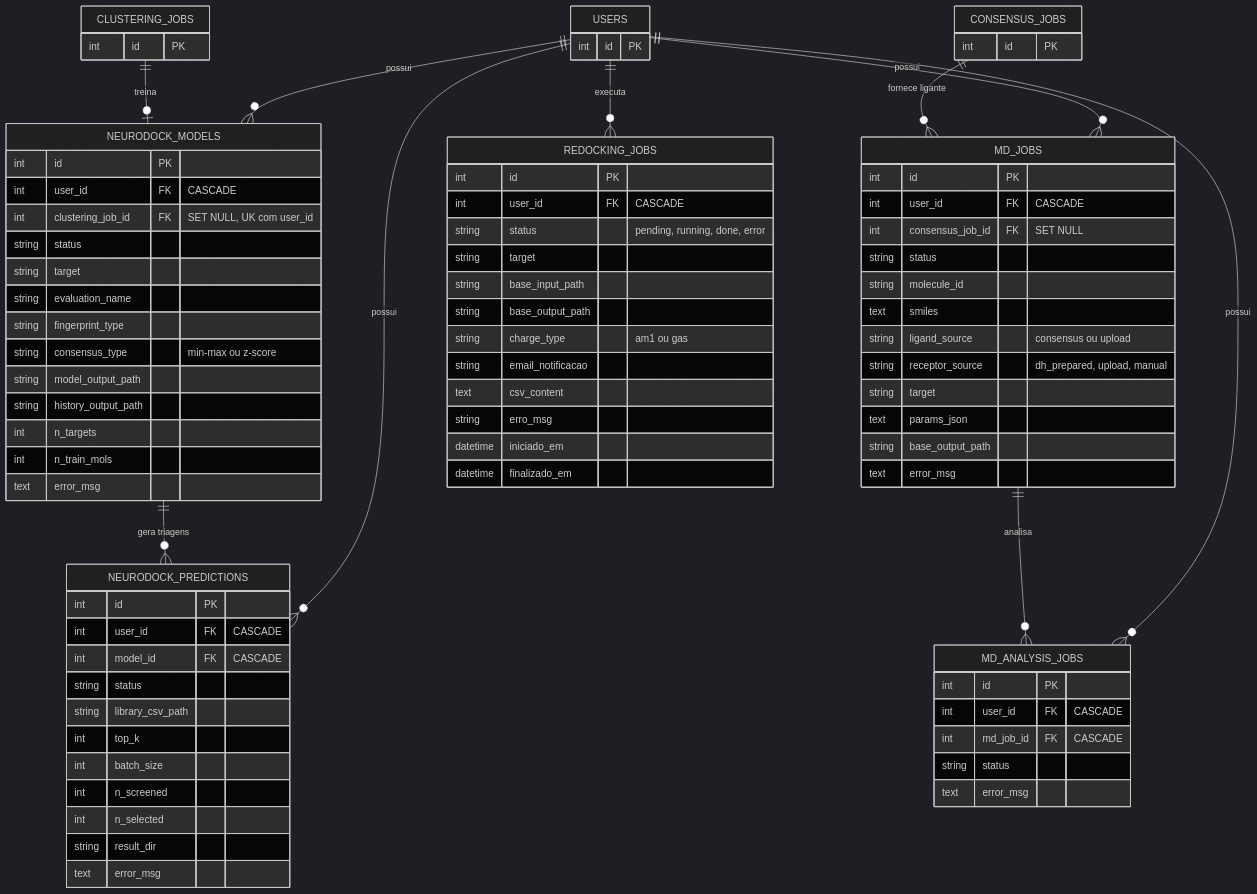
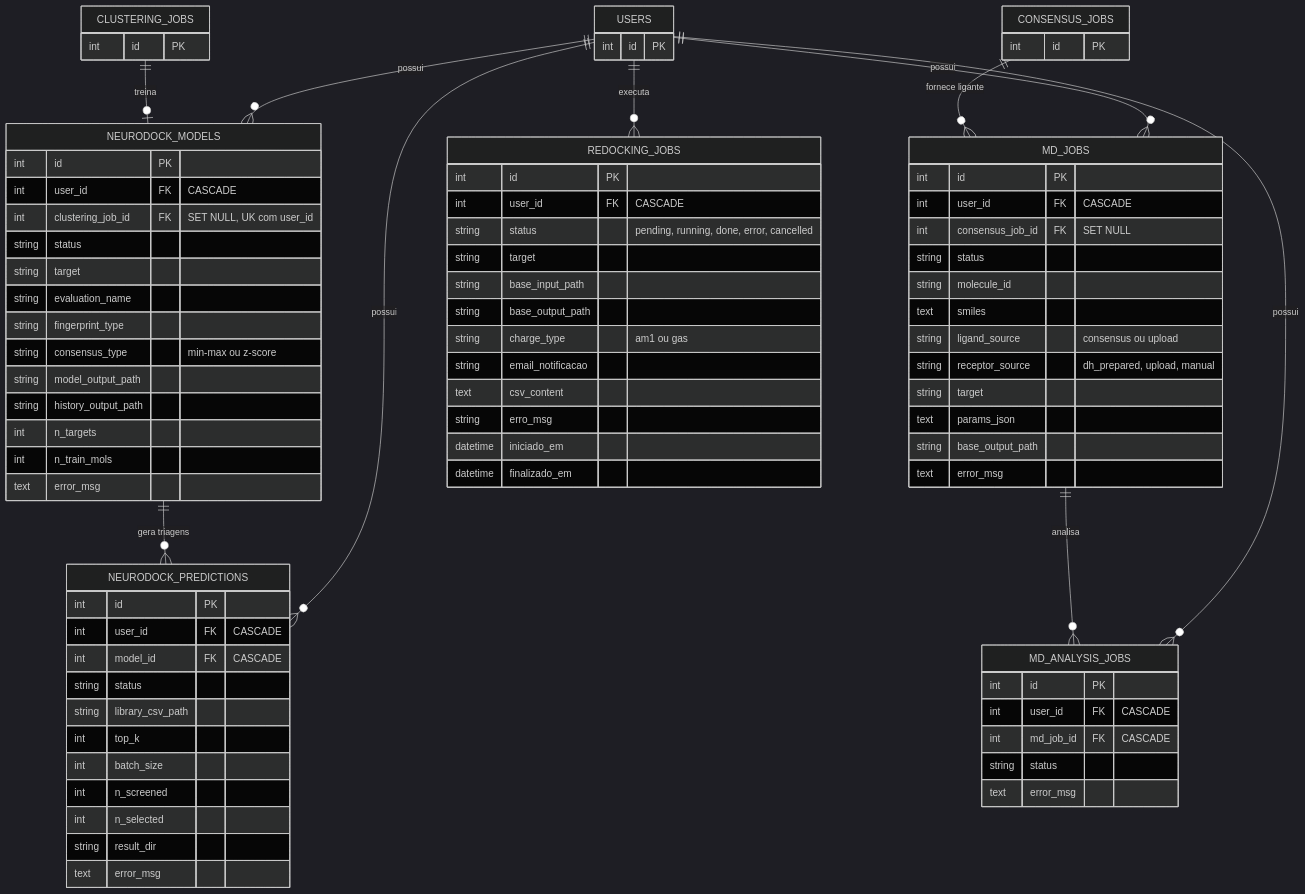
One commit to Letolsilva/DrugHunter-Studio changed the diagram in docs/diagramas/src/10-er-pipeline-b.mmd. Above: the diagram before and after it, drawn with Mermaid (dark theme). The commit also changed 21 other files, not shown here.

```diff
--- a/docs/diagramas/src/10-er-pipeline-b.mmd
+++ b/docs/diagramas/src/10-er-pipeline-b.mmd
@@ -1,82 +1,82 @@
 erDiagram
     NEURODOCK_MODELS {
         int id PK
         int user_id FK "CASCADE"
         int clustering_job_id FK "SET NULL, UK com user_id"
         string status
         string target
         string evaluation_name
         string fingerprint_type
         string consensus_type "min-max ou z-score"
         string model_output_path
         string history_output_path
         int n_targets
         int n_train_mols
         text error_msg
     }
     NEURODOCK_PREDICTIONS {
         int id PK
         int user_id FK "CASCADE"
         int model_id FK "CASCADE"
         string status
         string library_csv_path
         int top_k
         int batch_size
         int n_screened
         int n_selected
         string result_dir
         text error_msg
     }
     MD_JOBS {
         int id PK
         int user_id FK "CASCADE"
         int consensus_job_id FK "SET NULL"
         string status
         string molecule_id
         text smiles
         string ligand_source "consensus ou upload"
         string receptor_source "dh_prepared, upload, manual"
         string target
         text params_json
         string base_output_path
         text error_msg
     }
     MD_ANALYSIS_JOBS {
         int id PK
         int user_id FK "CASCADE"
         int md_job_id FK "CASCADE"
         string status
         text error_msg
     }
     REDOCKING_JOBS {
         int id PK
         int user_id FK "CASCADE"
-        string status "pending, running, done, error"
+        string status "pending, running, done, error, cancelled"
         string target
         string base_input_path
         string base_output_path
         string charge_type "am1 ou gas"
         string email_notificacao
         text csv_content
         string erro_msg
         datetime iniciado_em
         datetime finalizado_em
     }
     USERS {
         int id PK
     }
     CLUSTERING_JOBS {
         int id PK
     }
     CONSENSUS_JOBS {
         int id PK
     }
     USERS ||--o{ REDOCKING_JOBS : executa
     CLUSTERING_JOBS ||--o| NEURODOCK_MODELS : treina
     NEURODOCK_MODELS ||--o{ NEURODOCK_PREDICTIONS : "gera triagens"
     CONSENSUS_JOBS ||--o{ MD_JOBS : "fornece ligante"
     MD_JOBS ||--o{ MD_ANALYSIS_JOBS : analisa
     USERS ||--o{ NEURODOCK_MODELS : possui
     USERS ||--o{ NEURODOCK_PREDICTIONS : possui
     USERS ||--o{ MD_JOBS : possui
     USERS ||--o{ MD_ANALYSIS_JOBS : possui
```
